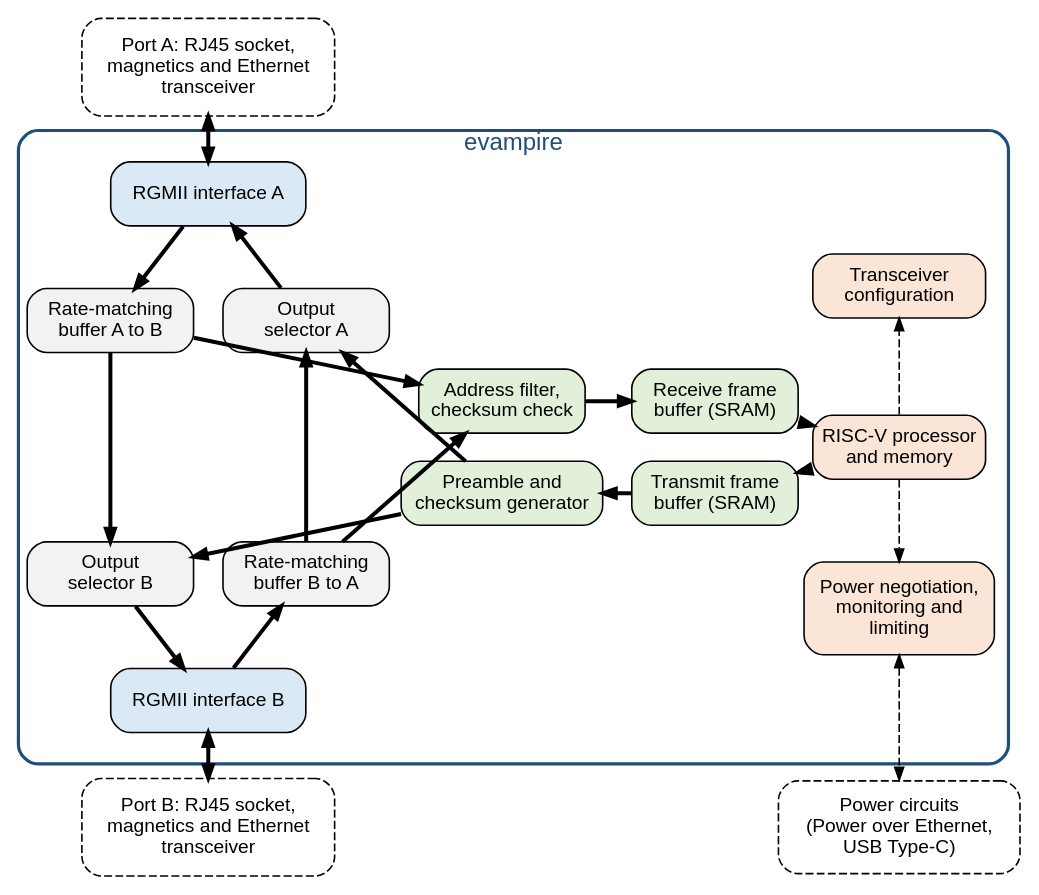
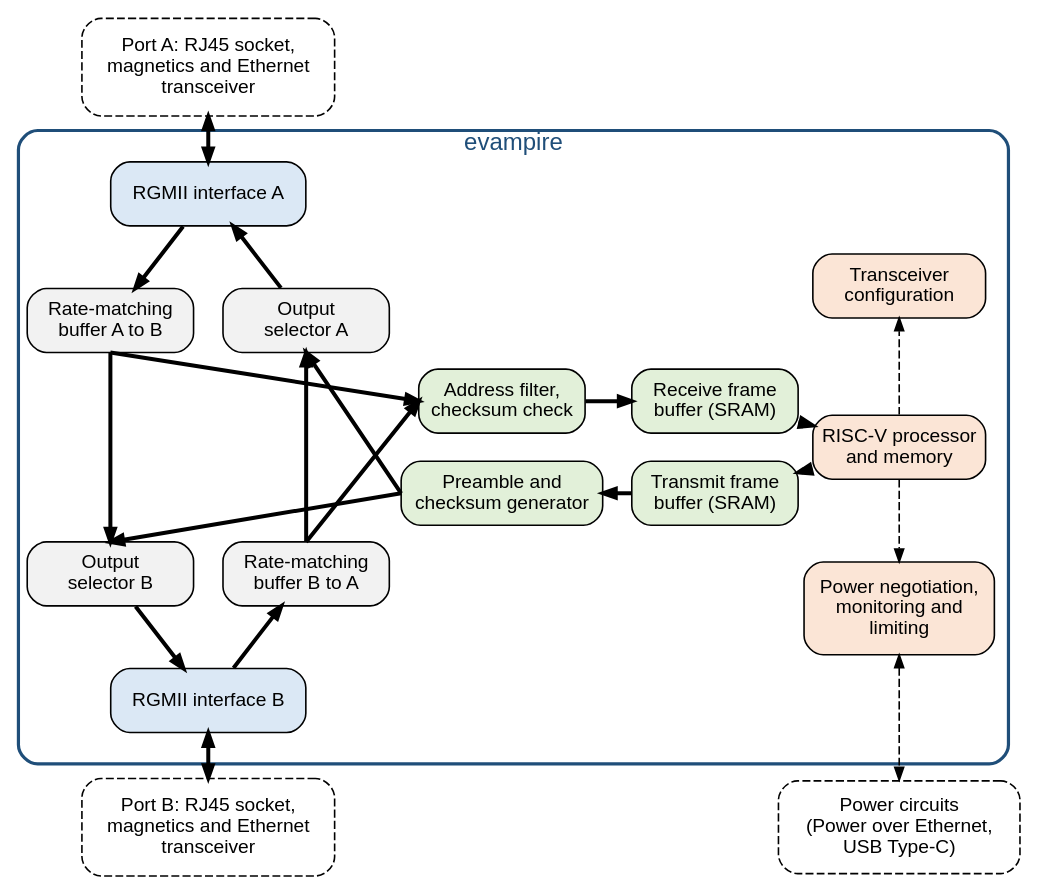
Before and after one commit to mithro/evampire: the diagram in docs/architecture/block-diagram.dot, drawn with Graphviz.

Commit message:
Route four data arrows clear of boxes they do not connect

```diff
--- a/docs/architecture/block-diagram.dot
+++ b/docs/architecture/block-diagram.dot
@@ -1,102 +1,102 @@
 // evampire block diagram.
 // Bold arrows: Ethernet frame data. Dashed arrows: control.
 // Fill colours: white with a dashed outline, parts outside the chip; blue,
 // RGMII interfaces; grey, the forwarding path; green, the processor's frame
 // path; orange, the processor and its control interfaces.
 //
 // The blocks are placed on a fixed grid (positions in inches) so that the
 // diagram reads top to bottom and fits the width of a documentation page:
 //
 //   column 1 (x=1.0)  forwarding path from port A to port B (downwards)
 //   column 2 (x=2.7)  forwarding path from port B to port A (upwards)
 //   column 3 (x=4.4)  address filter and frame generator
 //   column 4 (x=6.25)  frame buffers
 //   column 5 (x=7.85)  processor and its control interfaces
 //
 // SPDX-License-Identifier: Apache-2.0
 
 digraph evampire {
     graph [layout=neato, splines=false, overlap=true, outputorder=nodesfirst,
            fontname="Helvetica"];
     node  [shape=box, style="rounded,filled", fillcolor="#f2f2f2",
            fontname="Helvetica", fontsize=12, width=1.45, height=0.55,
            fixedsize=true];
     edge  [arrowsize=0.8];
 
     // Outline of the chip, drawn first so it sits behind the blocks.
     chip [label="evampire", labelloc=t, fontsize=15, fontcolor="#1f4e79",
           pos="4.5,5.0!", width=8.6, height=5.5, style="rounded,bold",
           color="#1f4e79", fillcolor="none"];
 
     // Off-chip parts.
     port_a [pos="1.85,8.3!", width=2.2, height=0.85,
             label="Port A: RJ45 socket,\nmagnetics and Ethernet\ntransceiver",
             style="rounded,filled,dashed", fillcolor="#ffffff"];
     port_b [pos="1.85,1.7!", width=2.2, height=0.85,
             label="Port B: RJ45 socket,\nmagnetics and Ethernet\ntransceiver",
             style="rounded,filled,dashed", fillcolor="#ffffff"];
     power  [pos="7.85,1.7!", width=2.1, height=0.8,
             label="Power circuits\n(Power over Ethernet,\nUSB Type-C)",
             style="rounded,filled,dashed", fillcolor="#ffffff"];
 
     // RGMII interfaces.
     rgmii_a [pos="1.85,7.2!", label="RGMII interface A", width=1.7,
              fillcolor="#dbe8f5"];
     rgmii_b [pos="1.85,2.8!", label="RGMII interface B", width=1.7,
              fillcolor="#dbe8f5"];
 
     // Cut-through forwarding.
     fifo_ab [pos="1.0,6.1!", label="Rate-matching\nbuffer A to B"];
     mux_b   [pos="1.0,3.9!", label="Output\nselector B"];
     mux_a   [pos="2.7,6.1!", label="Output\nselector A"];
     fifo_ba [pos="2.7,3.9!", label="Rate-matching\nbuffer B to A"];
 
     // Internal port.
     filt  [pos="4.4,5.4!", label="Address filter,\nchecksum check",
            fillcolor="#e2f0d9"];
     txgen [pos="4.4,4.6!", label="Preamble and\nchecksum generator",
            fillcolor="#e2f0d9", width=1.75];
     rxbuf [pos="6.25,5.4!", label="Receive frame\nbuffer (SRAM)",
            fillcolor="#e2f0d9"];
     txbuf [pos="6.25,4.6!", label="Transmit frame\nbuffer (SRAM)",
            fillcolor="#e2f0d9"];
 
     // Microcontroller.
     cpu  [pos="7.85,5.0!", label="RISC-V processor\nand memory",
           fillcolor="#fbe5d6", width=1.5];
     mdio [pos="7.85,6.4!", label="Transceiver\nconfiguration",
           fillcolor="#fbe5d6", width=1.5];
     pwr  [pos="7.85,3.6!", label="Power negotiation,\nmonitoring and\nlimiting",
           fillcolor="#fbe5d6", width=1.65, height=0.8];
 
     // Cable side.
     port_a  -> rgmii_a [dir=both, penwidth=2.5];
     rgmii_b -> port_b  [dir=both, penwidth=2.5];
 
     // Forwarding, A to B.
     rgmii_a -> fifo_ab [penwidth=2.5];
     fifo_ab -> mux_b   [penwidth=2.5];
     mux_b   -> rgmii_b [penwidth=2.5];
 
     // Forwarding, B to A.
     rgmii_b -> fifo_ba [penwidth=2.5];
     fifo_ba -> mux_a   [penwidth=2.5];
     mux_a   -> rgmii_a [penwidth=2.5];
 
     // Frames copied to the processor.
-    fifo_ab -> filt [penwidth=2.5];
-    fifo_ba -> filt [penwidth=2.5];
+    fifo_ab:s -> filt:w [penwidth=2.5];
+    fifo_ba:n -> filt:w [penwidth=2.5];
     filt    -> rxbuf [penwidth=2.5];
     rxbuf   -> cpu [penwidth=2.5];
 
     // Frames sent by the processor.
     cpu   -> txbuf [penwidth=2.5];
     txbuf -> txgen [penwidth=2.5];
-    txgen -> mux_a [penwidth=2.5];
-    txgen -> mux_b [penwidth=2.5];
+    txgen:w -> mux_a:s [penwidth=2.5];
+    txgen:w -> mux_b:n [penwidth=2.5];
 
     // Control.
     cpu -> mdio  [style=dashed];
     cpu -> pwr   [style=dashed];
     pwr -> power [style=dashed, dir=both];
 }
```
